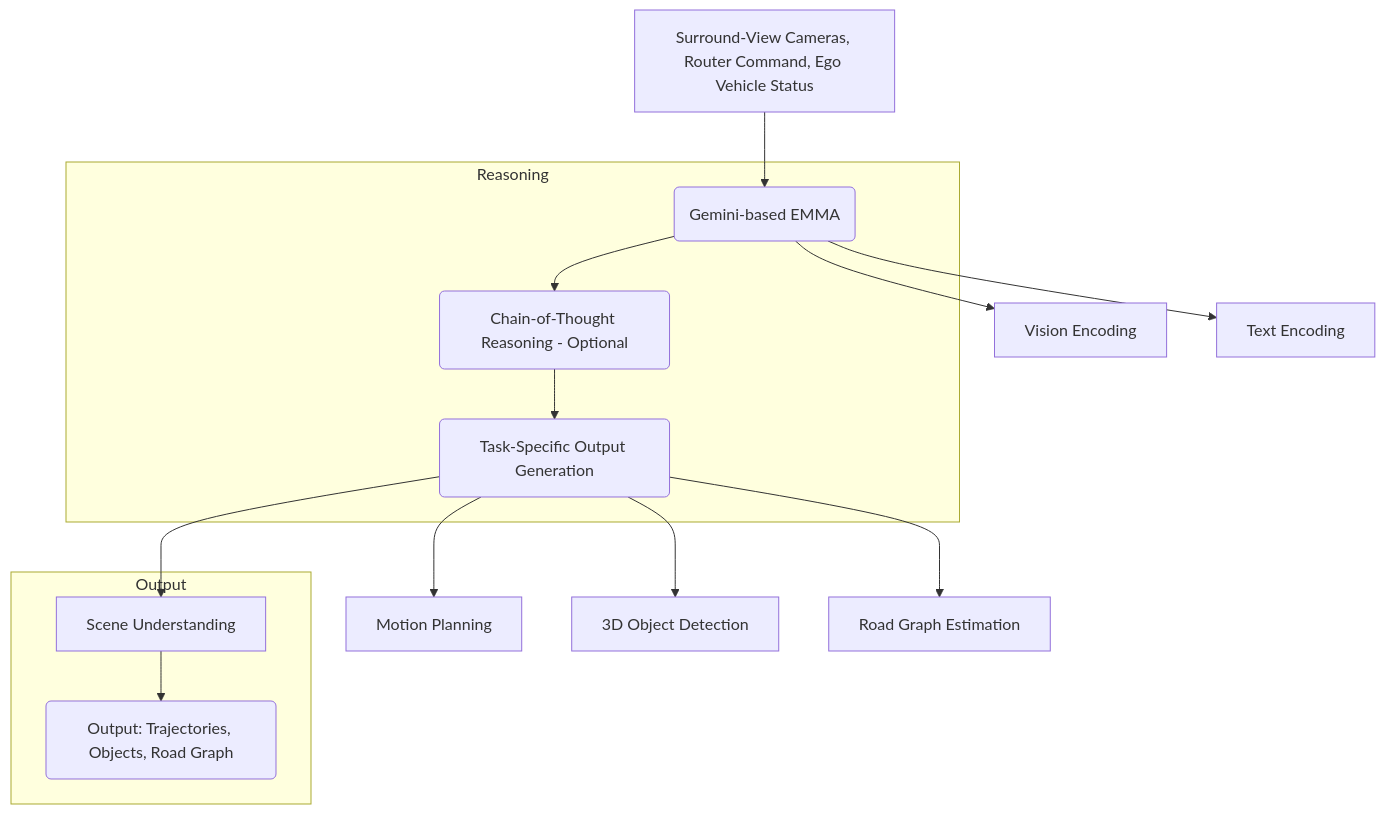
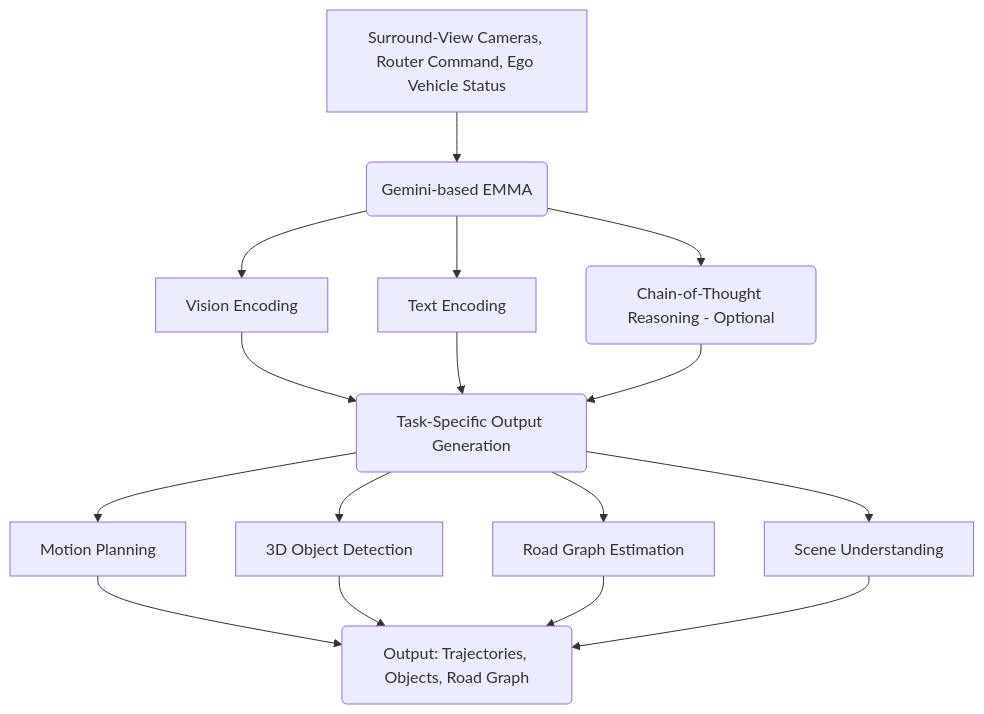
The third of 3 diagrams in Autonomous_Driving_Diagrams.md (troniak/traj_pred_review), drawn with Mermaid before and after one commit. The commit also changed other lines of this file, not shown here.

````diff
--- a/Autonomous_Driving_Diagrams.md
+++ b/Autonomous_Driving_Diagrams.md
@@ -53,20 +56,18 @@
 ```mermaid
 graph TD
     A[Surround-View Cameras, Router Command, Ego Vehicle Status] --> B(Gemini-based EMMA)
     B --> C[Vision Encoding]
     B --> D[Text Encoding]
-    
-    subgraph Reasoning
-        B --> E(Chain-of-Thought Reasoning - Optional)
-        E --> F(Task-Specific Output Generation)
-    end
-
+    C --> F
+    D --> F
+    B --> E(Chain-of-Thought Reasoning - Optional)
+    E --> F(Task-Specific Output Generation)
     F --> G[Motion Planning]
     F --> H[3D Object Detection]
     F --> I[Road Graph Estimation]
     F --> J[Scene Understanding]
-    
-    subgraph Output
-        J --> K(Output: Trajectories, Objects, Road Graph)
-    end
+    G --> K
+    H --> K
+    I --> K
+    J --> K(Output: Trajectories, Objects, Road Graph)
 ```
````
